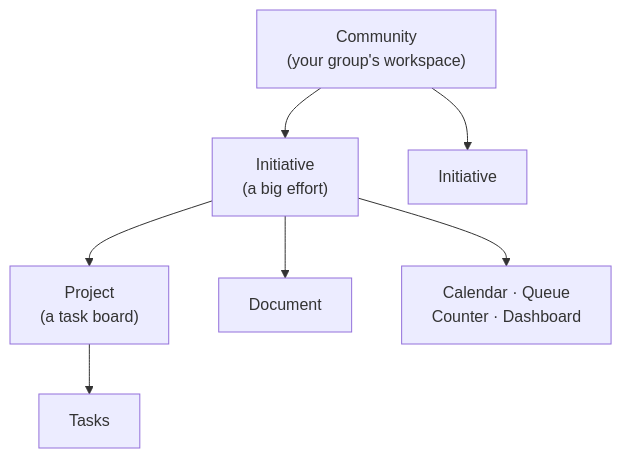
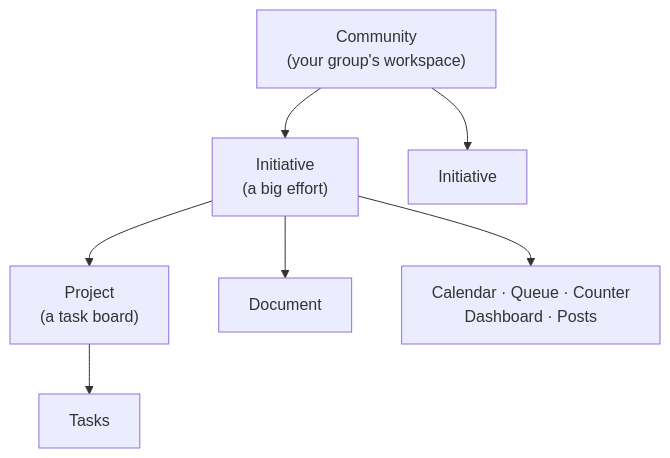
One commit to Morelitea/initiative changed the diagram in docs/en/concepts/index.md. Above: the diagram before and after it, drawn with Mermaid. The commit also changed other lines of this file and 10 other files, not shown here.

````diff
--- a/docs/en/concepts/index.md
+++ b/docs/en/concepts/index.md
@@ -11,17 +11,17 @@
 ```mermaid
 graph TD
   G["Community<br/>(your group's workspace)"]
   I1["Initiative<br/>(a big effort)"]
   I2["Initiative"]
   P1["Project<br/>(a task board)"]
   D1["Document"]
-  T1["Calendar · Queue<br/>Counter · Dashboard"]
+  T1["Calendar · Queue · Counter<br/>Dashboard · Posts"]
   TASK["Tasks"]
 
   G --> I1
   G --> I2
   I1 --> P1
   I1 --> D1
   I1 --> T1
   P1 --> TASK
 ```
````
